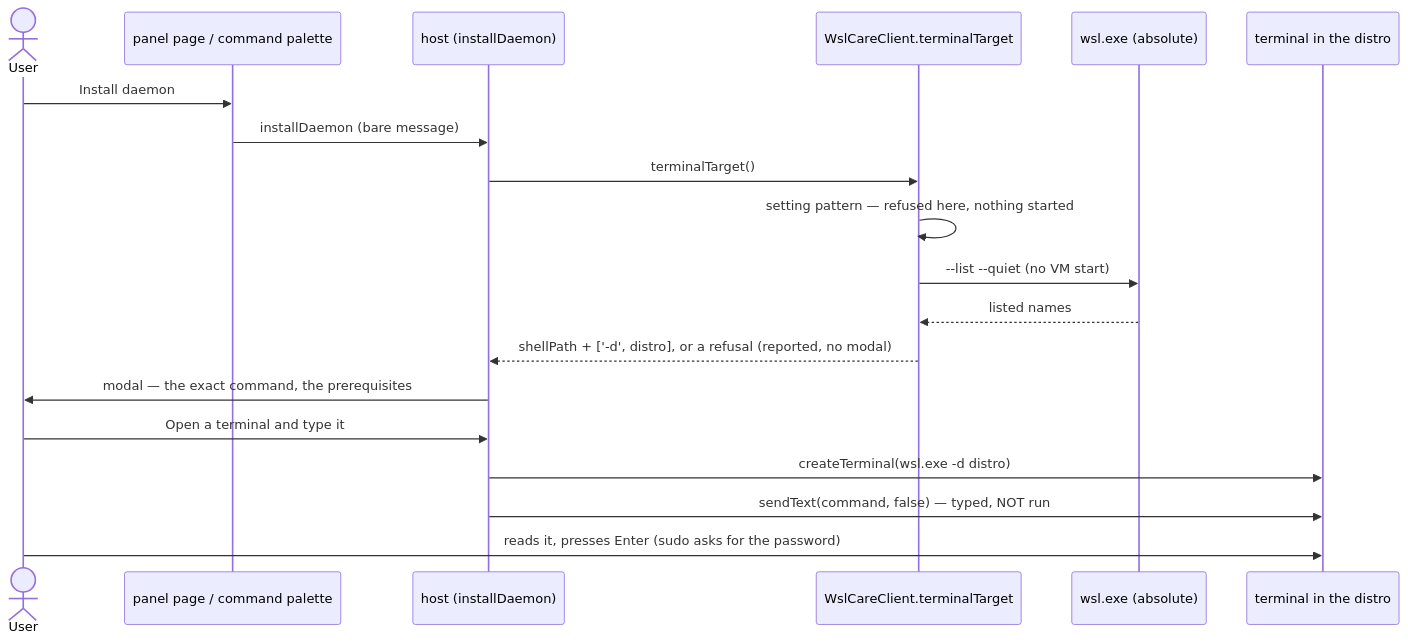
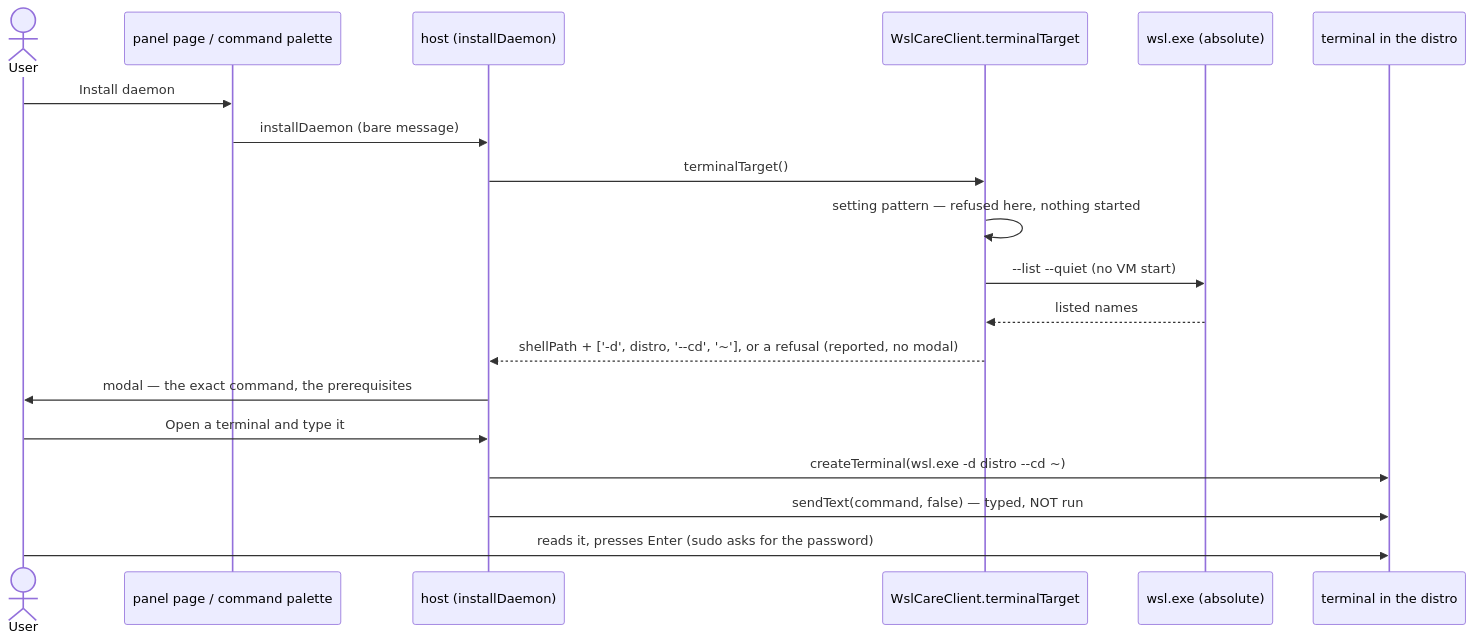
Diagram 20 of 25 in research/architecture.md (oleksandrdubyna88/wsl_care), drawn with Mermaid before and after one commit. The commit also changed other lines of this file and 7 other files, not shown here.

````diff
--- a/research/architecture.md
+++ b/research/architecture.md
@@ -1895,21 +1920,21 @@
 ```mermaid
 sequenceDiagram
     actor User
     participant V as panel page / command palette
     participant H as host (installDaemon)
     participant C as WslCareClient.terminalTarget
     participant W as wsl.exe (absolute)
     participant T as terminal in the distro
     User->>V: Install daemon
     V->>H: installDaemon (bare message)
     H->>C: terminalTarget()
     C->>C: setting pattern — refused here, nothing started
     C->>W: --list --quiet (no VM start)
     W-->>C: listed names
-    C-->>H: shellPath + ['-d', distro], or a refusal (reported, no modal)
+    C-->>H: shellPath + ['-d', distro, '--cd', '~'], or a refusal (reported, no modal)
     H->>User: modal — the exact command, the prerequisites
     User->>H: Open a terminal and type it
-    H->>T: createTerminal(wsl.exe -d distro)
+    H->>T: createTerminal(wsl.exe -d distro --cd ~)
     H->>T: sendText(command, false) — typed, NOT run
     User->>T: reads it, presses Enter (sudo asks for the password)
 ```
````
